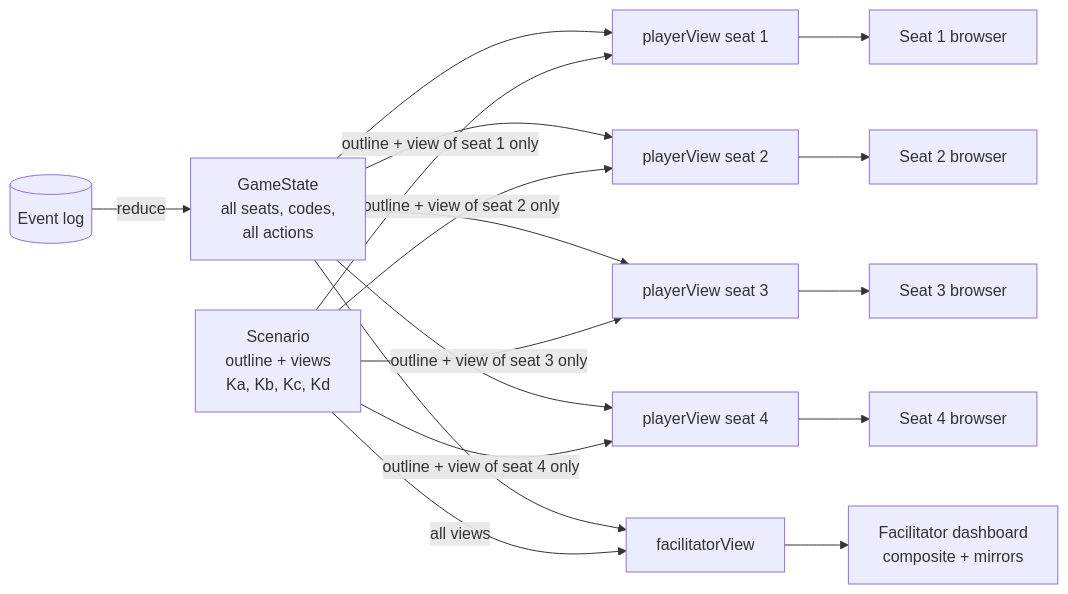
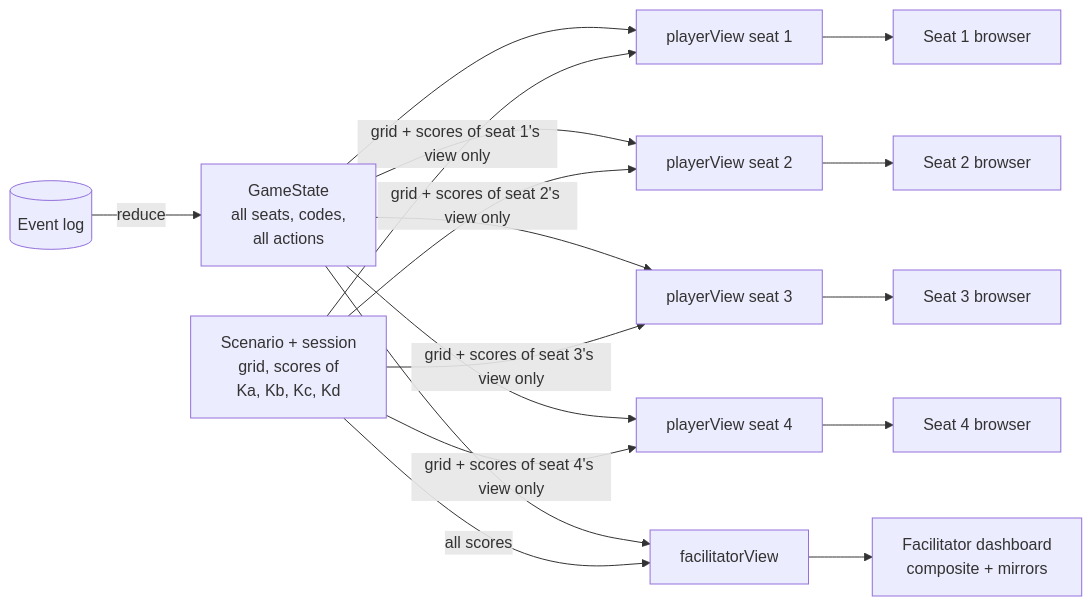
The sixth of 8 diagrams in docs/ARCHITECTURE.md (xy-zak/WhoKnowsWhoActs), drawn with Mermaid before and after one commit. The commit also changed other lines of this file and 72 other files, not shown here.

````diff
--- a/docs/ARCHITECTURE.md
+++ b/docs/ARCHITECTURE.md
@@ -301,20 +309,20 @@
 ```mermaid
 flowchart LR
   LOG[("Event log")] -->|reduce| GS["GameState<br/>all seats, codes,<br/>all actions"]
-  SC["Scenario<br/>outline + views<br/>Ka, Kb, Kc, Kd"]
+  SC["Scenario + session<br/>grid, scores of<br/>Ka, Kb, Kc, Kd"]
   GS --> V1["playerView seat 1"]
   GS --> V2["playerView seat 2"]
   GS --> V3["playerView seat 3"]
   GS --> V4["playerView seat 4"]
   GS --> FV["facilitatorView"]
-  SC -->|outline + view of seat 1 only| V1
-  SC -->|outline + view of seat 2 only| V2
-  SC -->|outline + view of seat 3 only| V3
-  SC -->|outline + view of seat 4 only| V4
-  SC -->|all views| FV
+  SC -->|grid + scores of seat 1's view only| V1
+  SC -->|grid + scores of seat 2's view only| V2
+  SC -->|grid + scores of seat 3's view only| V3
+  SC -->|grid + scores of seat 4's view only| V4
+  SC -->|all scores| FV
   V1 --> B1["Seat 1 browser"]
   V2 --> B2["Seat 2 browser"]
   V3 --> B3["Seat 3 browser"]
   V4 --> B4["Seat 4 browser"]
   FV --> FD["Facilitator dashboard<br/>composite + mirrors"]
 ```
````
